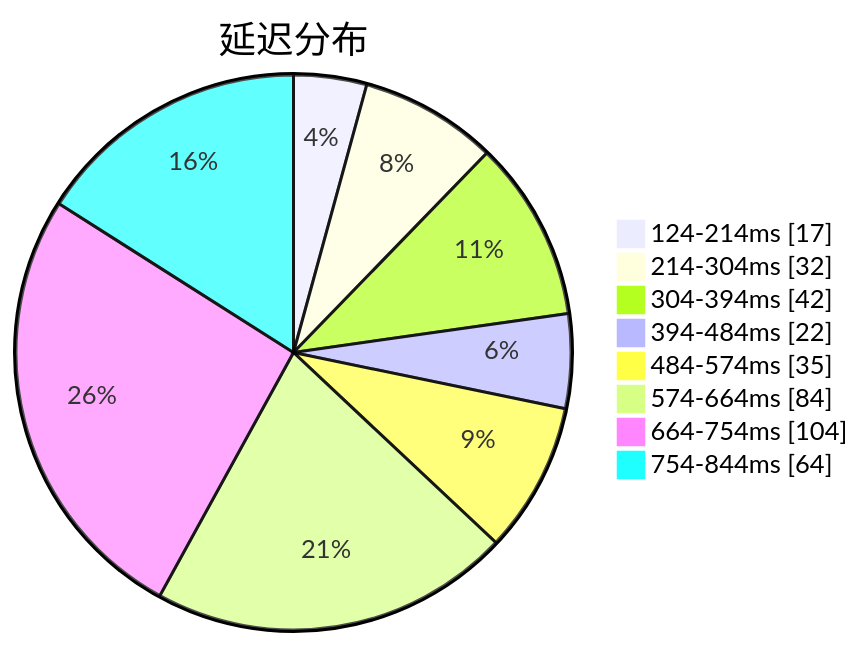
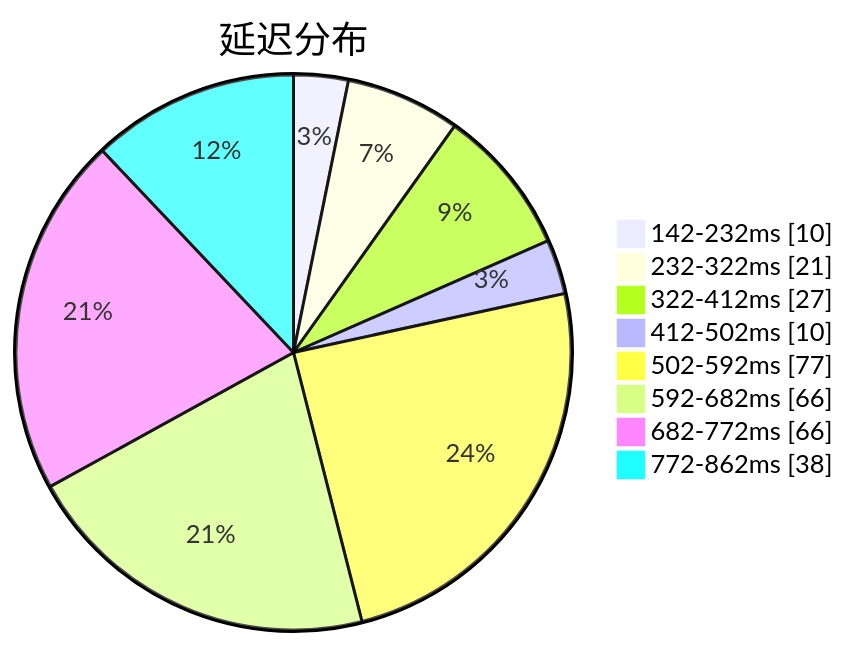
One commit to qjlxg/airport changed the first of 3 diagrams in subs/statistics/tested_within.md. Above: the diagram before and after it, drawn with Mermaid. The commit also changed other lines of this file and 2 other files, not shown here.

Commit message:
Tested by metaST

````diff
--- a/subs/statistics/tested_within.md
+++ b/subs/statistics/tested_within.md
@@ -2,12 +2,12 @@
 ```mermaid
 pie showData
 title 延迟分布
-"124-214ms" : 17
-"214-304ms" : 32
-"304-394ms" : 42
-"394-484ms" : 22
-"484-574ms" : 35
-"574-664ms" : 84
-"664-754ms" : 104
-"754-844ms" : 64
+"142-232ms" : 10
+"232-322ms" : 21
+"322-412ms" : 27
+"412-502ms" : 10
+"502-592ms" : 77
+"592-682ms" : 66
+"682-772ms" : 66
+"772-862ms" : 38
 ```
````
